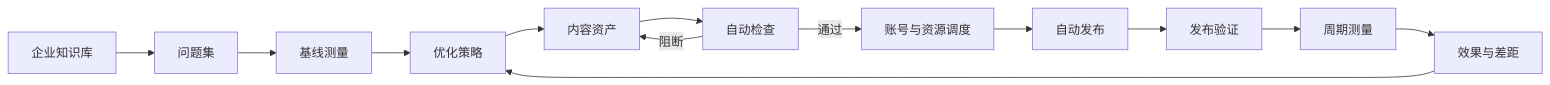
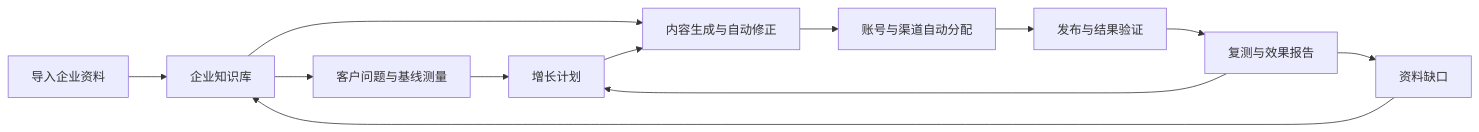
Before and after one commit to memeloop-online/Memeloop-GEO-Master: the first of 9 diagrams in docs/product-plan-v1.md, drawn with Mermaid. The commit also changed other lines of this file and 2 other files, not shown here.

Commit message:
docs: restore full GEO plan and fanout-reduce architecture

````diff
--- a/docs/product-plan-v1.md
+++ b/docs/product-plan-v1.md
@@ -23,15 +27,14 @@
 ```mermaid
 flowchart LR
-    A[企业知识库] --> B[问题集]
-    B --> C[基线测量]
-    C --> D[优化策略]
-    D --> E[内容资产]
-    E --> F[自动检查]
-    F -->|通过| G[账号与资源调度]
-    F -->|阻断| E
-    G --> H[自动发布]
-    H --> I[发布验证]
-    I --> J[周期测量]
-    J --> K[效果与差距]
-    K --> D
+    A[导入企业资料] --> B[企业知识库]
+    B --> C[客户问题与基线测量]
+    C --> D[增长计划]
+    B --> E[内容生成与自动修正]
+    D --> E
+    E --> F[账号与渠道自动分配]
+    F --> G[发布与结果验证]
+    G --> H[复测与效果报告]
+    H --> D
+    H --> I[资料缺口]
+    I --> B
 ```
````
